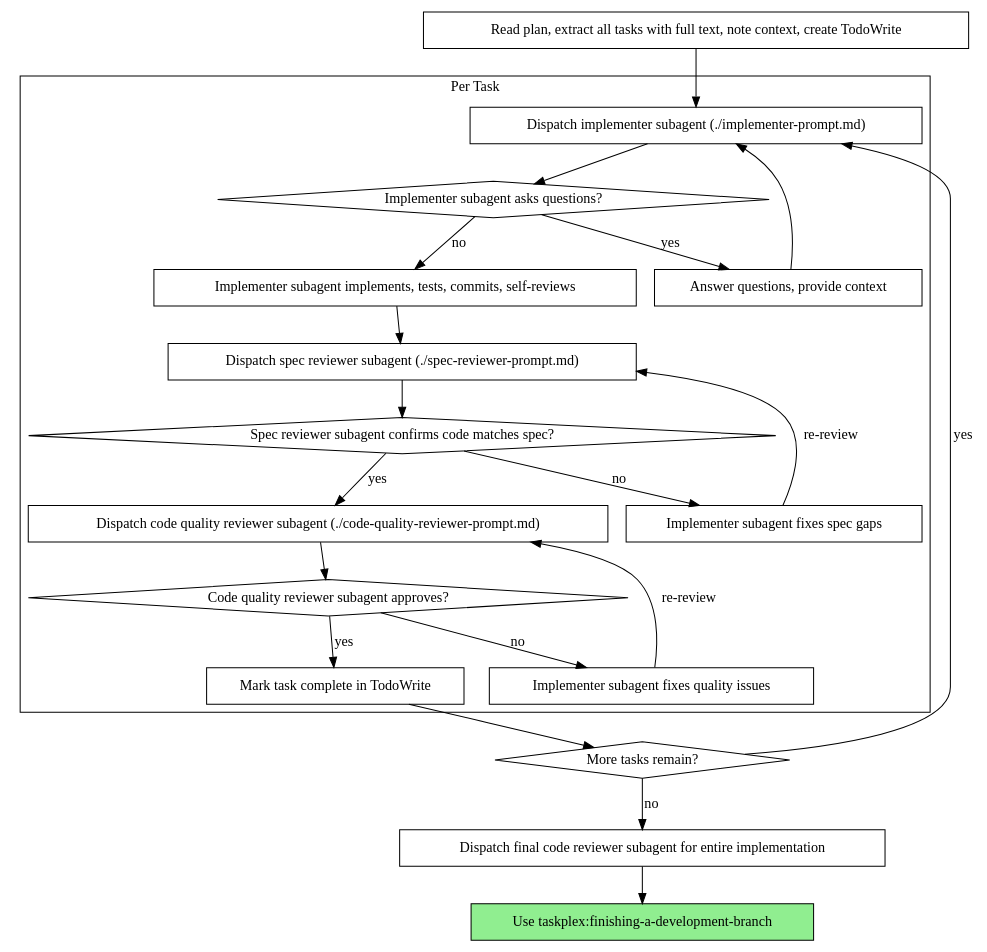
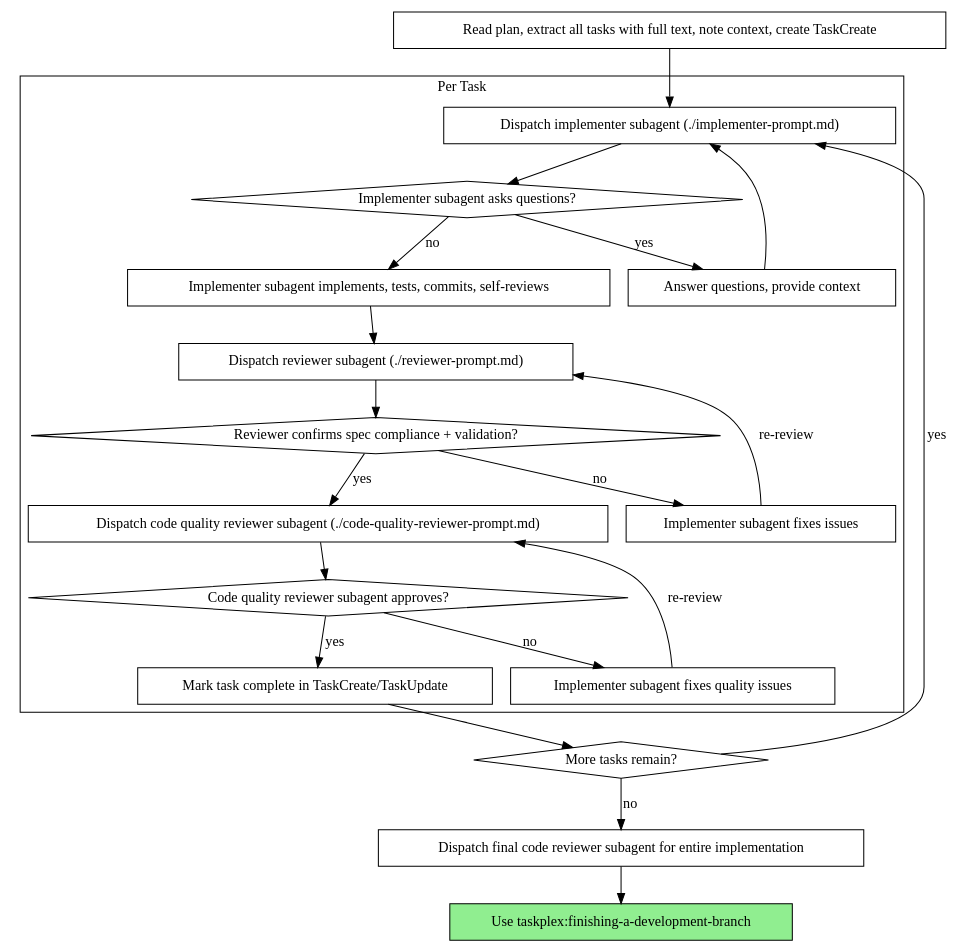
The second of 2 diagrams in skills/subagent-driven-development/SKILL.md (flight505/taskplex), drawn with Graphviz before and after one commit. The commit also changed other lines of this file and 71 other files, not shown here.

````diff
--- a/skills/subagent-driven-development/SKILL.md
+++ b/skills/subagent-driven-development/SKILL.md
@@ -40,44 +40,44 @@
 ```dot
 digraph process {
     rankdir=TB;
 
     subgraph cluster_per_task {
         label="Per Task";
         "Dispatch implementer subagent (./implementer-prompt.md)" [shape=box];
         "Implementer subagent asks questions?" [shape=diamond];
         "Answer questions, provide context" [shape=box];
         "Implementer subagent implements, tests, commits, self-reviews" [shape=box];
-        "Dispatch spec reviewer subagent (./spec-reviewer-prompt.md)" [shape=box];
-        "Spec reviewer subagent confirms code matches spec?" [shape=diamond];
-        "Implementer subagent fixes spec gaps" [shape=box];
+        "Dispatch reviewer subagent (./reviewer-prompt.md)" [shape=box];
+        "Reviewer confirms spec compliance + validation?" [shape=diamond];
+        "Implementer subagent fixes issues" [shape=box];
         "Dispatch code quality reviewer subagent (./code-quality-reviewer-prompt.md)" [shape=box];
         "Code quality reviewer subagent approves?" [shape=diamond];
         "Implementer subagent fixes quality issues" [shape=box];
-        "Mark task complete in TodoWrite" [shape=box];
+        "Mark task complete in TaskCreate/TaskUpdate" [shape=box];
     }
 
-    "Read plan, extract all tasks with full text, note context, create TodoWrite" [shape=box];
+    "Read plan, extract all tasks with full text, note context, create TaskCreate" [shape=box];
     "More tasks remain?" [shape=diamond];
     "Dispatch final code reviewer subagent for entire implementation" [shape=box];
     "Use taskplex:finishing-a-development-branch" [shape=box style=filled fillcolor=lightgreen];
 
-    "Read plan, extract all tasks with full text, note context, create TodoWrite" -> "Dispatch implementer subagent (./implementer-prompt.md)";
+    "Read plan, extract all tasks with full text, note context, create TaskCreate" -> "Dispatch implementer subagent (./implementer-prompt.md)";
     "Dispatch implementer subagent (./implementer-prompt.md)" -> "Implementer subagent asks questions?";
     "Implementer subagent asks questions?" -> "Answer questions, provide context" [label="yes"];
     "Answer questions, provide context" -> "Dispatch implementer subagent (./implementer-prompt.md)";
     "Implementer subagent asks questions?" -> "Implementer subagent implements, tests, commits, self-reviews" [label="no"];
-    "Implementer subagent implements, tests, commits, self-reviews" -> "Dispatch spec reviewer subagent (./spec-reviewer-prompt.md)";
-    "Dispatch spec reviewer subagent (./spec-reviewer-prompt.md)" -> "Spec reviewer subagent confirms code matches spec?";
-    "Spec reviewer subagent confirms code matches spec?" -> "Implementer subagent fixes spec gaps" [label="no"];
-    "Implementer subagent fixes spec gaps" -> "Dispatch spec reviewer subagent (./spec-reviewer-prompt.md)" [label="re-review"];
-    "Spec reviewer subagent confirms code matches spec?" -> "Dispatch code quality reviewer subagent (./code-quality-reviewer-prompt.md)" [label="yes"];
+    "Implementer subagent implements, tests, commits, self-reviews" -> "Dispatch reviewer subagent (./reviewer-prompt.md)";
+    "Dispatch reviewer subagent (./reviewer-prompt.md)" -> "Reviewer confirms spec compliance + validation?";
+    "Reviewer confirms spec compliance + validation?" -> "Implementer subagent fixes issues" [label="no"];
+    "Implementer subagent fixes issues" -> "Dispatch reviewer subagent (./reviewer-prompt.md)" [label="re-review"];
+    "Reviewer confirms spec compliance + validation?" -> "Dispatch code quality reviewer subagent (./code-quality-reviewer-prompt.md)" [label="yes"];
     "Dispatch code quality reviewer subagent (./code-quality-reviewer-prompt.md)" -> "Code quality reviewer subagent approves?";
     "Code quality reviewer subagent approves?" -> "Implementer subagent fixes quality issues" [label="no"];
     "Implementer subagent fixes quality issues" -> "Dispatch code quality reviewer subagent (./code-quality-reviewer-prompt.md)" [label="re-review"];
-    "Code quality reviewer subagent approves?" -> "Mark task complete in TodoWrite" [label="yes"];
-    "Mark task complete in TodoWrite" -> "More tasks remain?";
+    "Code quality reviewer subagent approves?" -> "Mark task complete in TaskCreate/TaskUpdate" [label="yes"];
+    "Mark task complete in TaskCreate/TaskUpdate" -> "More tasks remain?";
     "More tasks remain?" -> "Dispatch implementer subagent (./implementer-prompt.md)" [label="yes"];
     "More tasks remain?" -> "Dispatch final code reviewer subagent for entire implementation" [label="no"];
     "Dispatch final code reviewer subagent for entire implementation" -> "Use taskplex:finishing-a-development-branch";
 }
 ```
````
